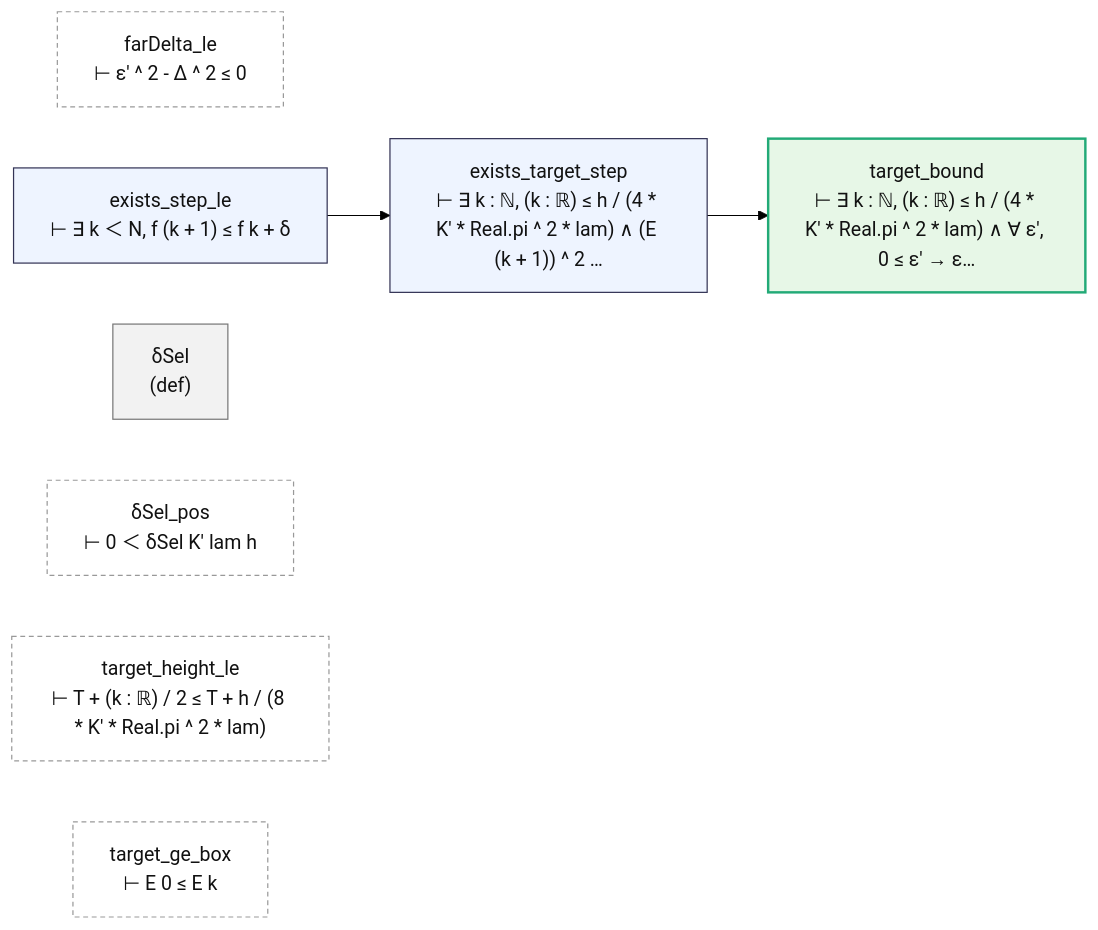
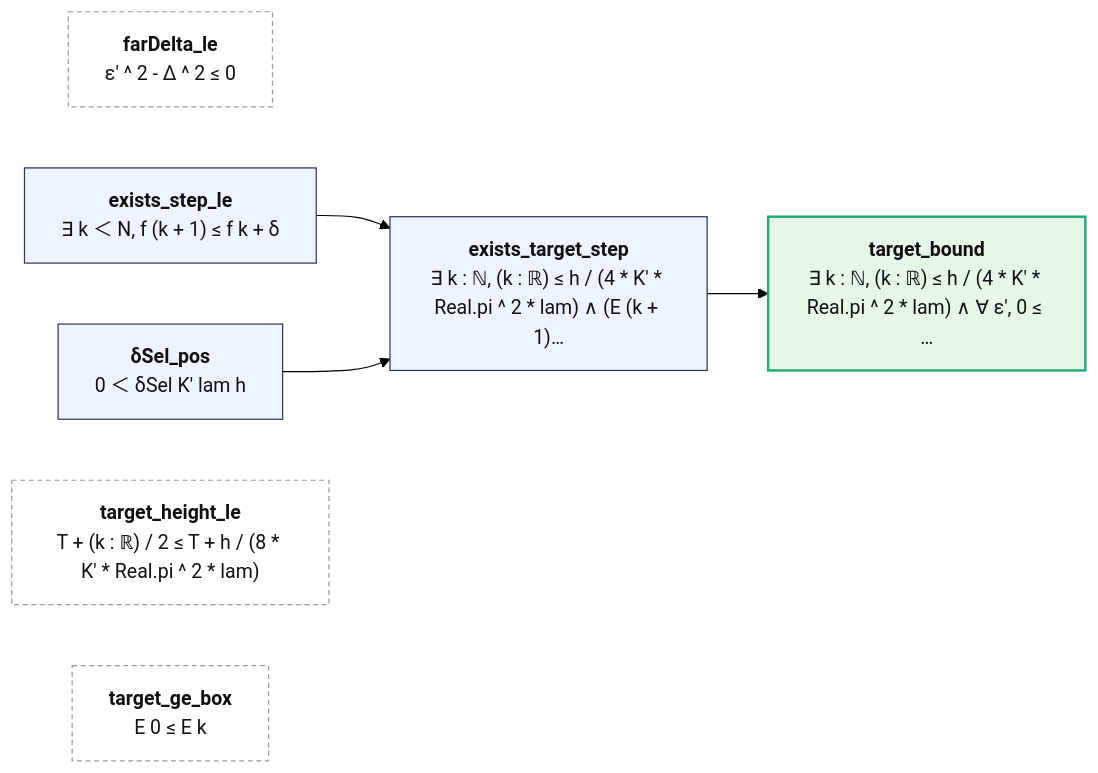
The diagram in map/lean_stage3/WeilPowerSelect.md (juliansambranojr/Primebeat_081426), drawn with Mermaid (forest theme) before and after one commit. The commit also changed other lines of this file and 387 other files, not shown here.

````diff
--- a/map/lean_stage3/WeilPowerSelect.md
+++ b/map/lean_stage3/WeilPowerSelect.md
@@ -8,19 +12,18 @@
 ```mermaid
 flowchart LR
-  n0["farDelta_le<br/>⊢ ε' ^ 2 - Δ ^ 2 ≤ 0"]:::lone
-  n1["exists_step_le<br/>⊢ ∃ k ＜ N, f (k + 1) ≤ f k + δ"]:::thm
-  n2["δSel<br/>(def)"]:::dfn
-  n3["δSel_pos<br/>⊢ 0 ＜ δSel K' lam h"]:::lone
-  n4["exists_target_step<br/>⊢ ∃ k : ℕ, (k : ℝ) ≤ h / (4 * K' * Real.pi ^ 2 * lam) ∧ (E (k + 1)) ^ 2 …"]:::thm
-  n5["target_bound<br/>⊢ ∃ k : ℕ, (k : ℝ) ≤ h / (4 * K' * Real.pi ^ 2 * lam) ∧ ∀ ε', 0 ≤ ε' → ε…"]:::end_
-  n6["target_height_le<br/>⊢ T + (k : ℝ) / 2 ≤ T + h / (8 * K' * Real.pi ^ 2 * lam)"]:::lone
-  n7["target_ge_box<br/>⊢ E 0 ≤ E k"]:::lone
-  n1 --> n4
-  n4 --> n5
+  n0["<b>farDelta_le</b><br/>ε' ^ 2 - Δ ^ 2 ≤ 0"]:::lone
+  n1["<b>exists_step_le</b><br/>∃ k ＜ N, f (k + 1) ≤ f k + δ"]:::thm
+  n2["<b>δSel_pos</b><br/>0 ＜ δSel K' lam h"]:::thm
+  n3["<b>exists_target_step</b><br/>∃ k : ℕ, (k : ℝ) ≤ h / (4 * K' * Real.pi ^ 2 * lam) ∧ (E (k + 1)…"]:::thm
+  n4["<b>target_bound</b><br/>∃ k : ℕ, (k : ℝ) ≤ h / (4 * K' * Real.pi ^ 2 * lam) ∧ ∀ ε', 0 ≤ …"]:::end_
+  n5["<b>target_height_le</b><br/>T + (k : ℝ) / 2 ≤ T + h / (8 * K' * Real.pi ^ 2 * lam)"]:::lone
+  n6["<b>target_ge_box</b><br/>E 0 ≤ E k"]:::lone
+  n1 --> n3
+  n2 --> n3
+  n3 --> n4
   classDef thm fill:#eef4ff,stroke:#335,color:#111
-  classDef dfn fill:#f2f2f2,stroke:#777,color:#111
   classDef end_ fill:#e7f7e7,stroke:#2a7,color:#111,stroke-width:2px
   classDef lone fill:#fff,stroke:#999,color:#111,stroke-dasharray:4 3
   classDef bad fill:#ffe5e5,stroke:#c22,color:#111,stroke-width:2px
-  classDef ext fill:#fff8e1,stroke:#b80,color:#111,stroke-dasharray:2 2
+  classDef ext fill:#fff8e1,stroke:#b80,color:#111
 ```
````
